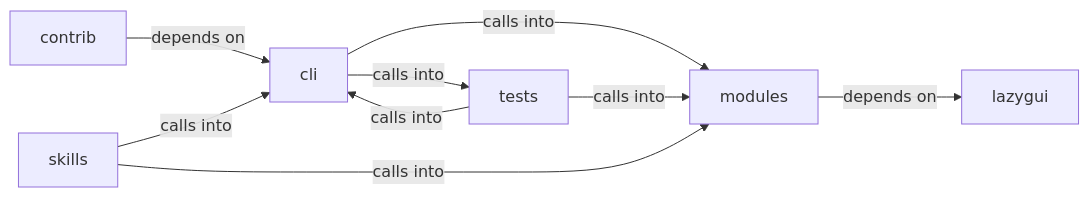
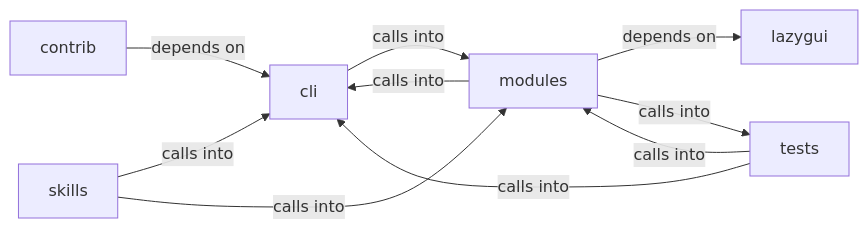
The diagram in readmenator-diagrams/modules_world_model.md (grisuno/LazyOwn), drawn with Mermaid before and after one commit. The commit also changed other lines of this file and 434 other files, not shown here.

````diff
--- a/readmenator-diagrams/modules_world_model.md
+++ b/readmenator-diagrams/modules_world_model.md
@@ -5,17 +5,18 @@
 ```mermaid
 graph LR
     cli["cli"]
     contrib["contrib"]
     lazygui["lazygui"]
     modules["modules"]
     skills["skills"]
     tests["tests"]
     cli -- "calls into" --> modules
-    cli -- "calls into" --> tests
     contrib -- "depends on" --> cli
+    modules -- "calls into" --> cli
     modules -- "depends on" --> lazygui
+    modules -- "calls into" --> tests
     skills -- "calls into" --> cli
     skills -- "calls into" --> modules
     tests -- "calls into" --> cli
     tests -- "calls into" --> modules
 ```
````
